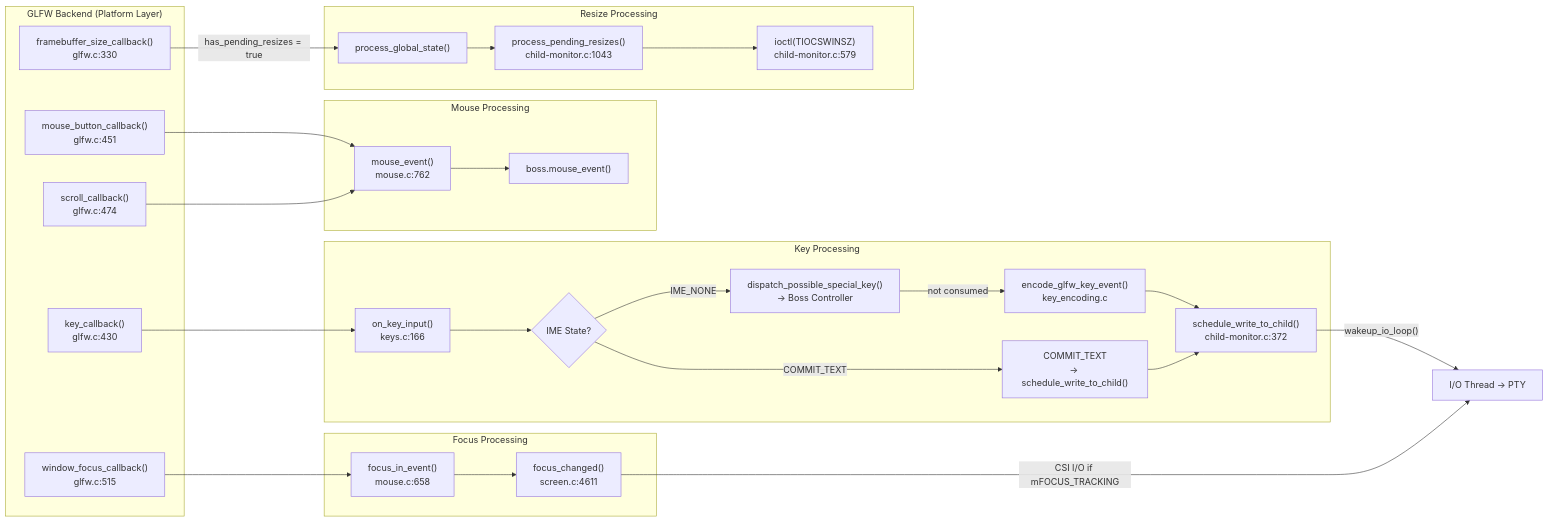
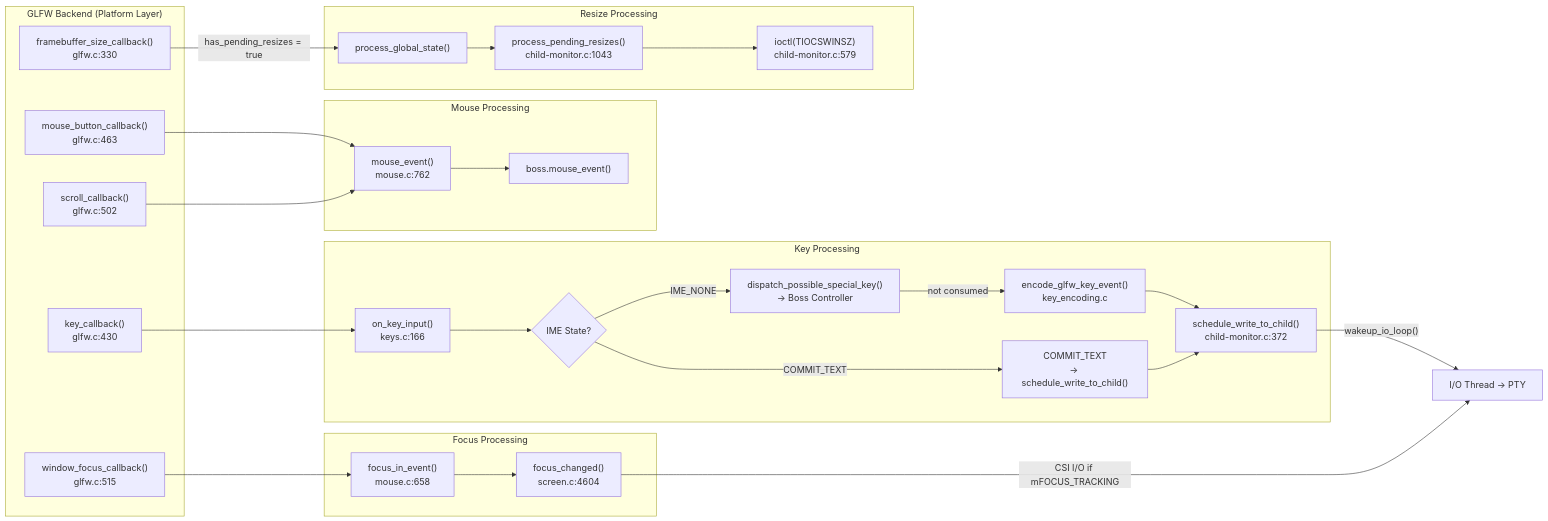
Before and after one commit to blitzy-research/kitty: the second of 3 diagrams in blitzy/documentation/kitty_815df1e210e0.md, drawn with Mermaid. The commit also changed other lines of this file, not shown here.

````diff
--- a/blitzy/documentation/kitty_815df1e210e0.md
+++ b/blitzy/documentation/kitty_815df1e210e0.md
@@ -386,56 +387,56 @@
 ```mermaid
 flowchart LR
     subgraph GLFW["GLFW Backend (Platform Layer)"]
         KC["key_callback()<br/>glfw.c:430"]
-        MBC["mouse_button_callback()<br/>glfw.c:451"]
-        SC["scroll_callback()<br/>glfw.c:474"]
+        MBC["mouse_button_callback()<br/>glfw.c:463"]
+        SC["scroll_callback()<br/>glfw.c:502"]
         FBC["framebuffer_size_callback()<br/>glfw.c:330"]
         WFC["window_focus_callback()<br/>glfw.c:515"]
     end
 
     subgraph KeyPath["Key Processing"]
         OKI["on_key_input()<br/>keys.c:166"]
         IME{"IME State?"}
         COMMIT["COMMIT_TEXT<br/>→ schedule_write_to_child()"]
         SHORTCUT["dispatch_possible_special_key()<br/>→ Boss Controller"]
         ENCODE["encode_glfw_key_event()<br/>key_encoding.c"]
         SWC["schedule_write_to_child()<br/>child-monitor.c:372"]
     end
 
     subgraph MousePath["Mouse Processing"]
         ME["mouse_event()<br/>mouse.c:762"]
         BOSS_M["boss.mouse_event()"]
     end
 
     subgraph ResizePath["Resize Processing"]
         PGS["process_global_state()"]
         PPR["process_pending_resizes()<br/>child-monitor.c:1043"]
         IOCTL["ioctl(TIOCSWINSZ)<br/>child-monitor.c:579"]
     end
 
     subgraph FocusPath["Focus Processing"]
         FIE["focus_in_event()<br/>mouse.c:658"]
-        FC["focus_changed()<br/>screen.c:4611"]
+        FC["focus_changed()<br/>screen.c:4604"]
     end
 
     KC --> OKI
     OKI --> IME
     IME -->|COMMIT_TEXT| COMMIT
     IME -->|IME_NONE| SHORTCUT
     SHORTCUT -->|not consumed| ENCODE
     ENCODE --> SWC
     COMMIT --> SWC
     SWC -->|"wakeup_io_loop()"| IO_WRITE["I/O Thread → PTY"]
 
     MBC --> ME
     SC --> ME
     ME --> BOSS_M
 
     FBC -->|"has_pending_resizes = true"| PGS
     PGS --> PPR
     PPR --> IOCTL
 
     WFC --> FIE
     FIE --> FC
     FC -->|"CSI I/O if mFOCUS_TRACKING"| IO_WRITE
 ```
````
